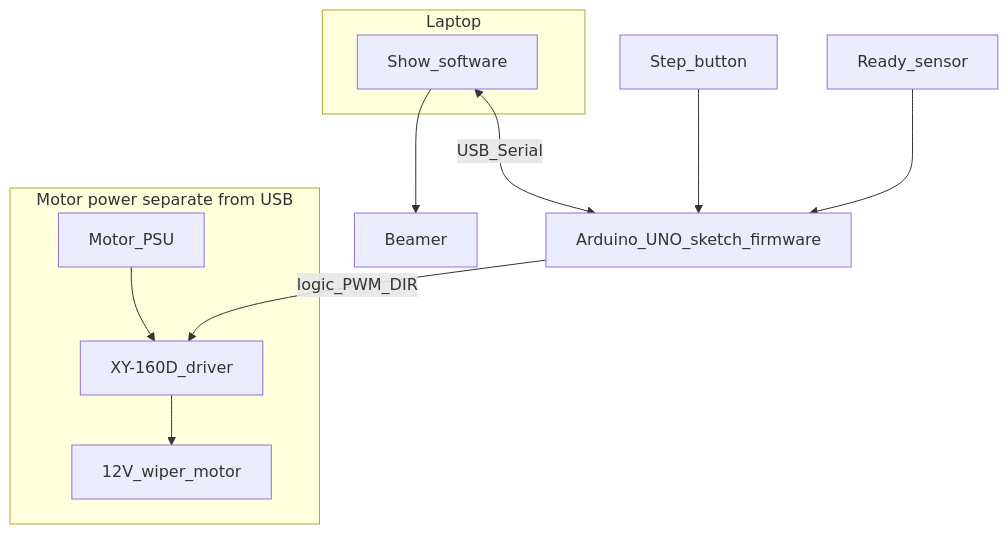
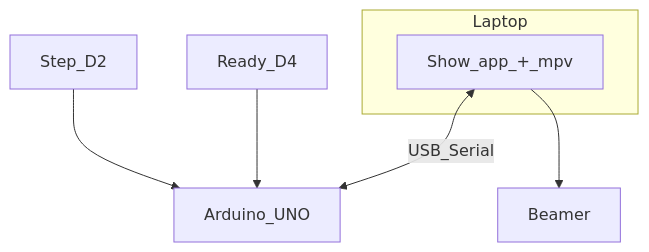
One commit to mosbuma/aap-time changed the first of 2 diagrams in PLAN.md. Above: the diagram before and after it, drawn with Mermaid. The commit also changed other lines of this file and 1 other file, not shown here.

````diff
--- a/PLAN.md
+++ b/PLAN.md
@@ -64,21 +33,13 @@
 ```mermaid
 flowchart TB
   subgraph laptop_side [Laptop]
-    PC[Show_software]
+    PC[Show_app_+_mpv]
   end
-  subgraph motor_power [Motor power separate from USB]
-    PS[Motor_PSU]
-    Drv[XY-160D_driver]
-    M[12V_wiper_motor]
-    PS --> Drv
-    Drv --> M
-  end
-  UNO[Arduino_UNO_sketch_firmware]
-  StepBtn[Step_button]
-  RdyHw[Ready_sensor]
-  StepBtn --> UNO
-  RdyHw --> UNO
+  UNO[Arduino_UNO]
+  Step[Step_D2]
+  Rdy[Ready_D4]
+  Step --> UNO
+  Rdy --> UNO
   PC <-->|USB_Serial| UNO
-  UNO -->|logic_PWM_DIR| Drv
   PC --> HDMI[Beamer]
 ```
````
